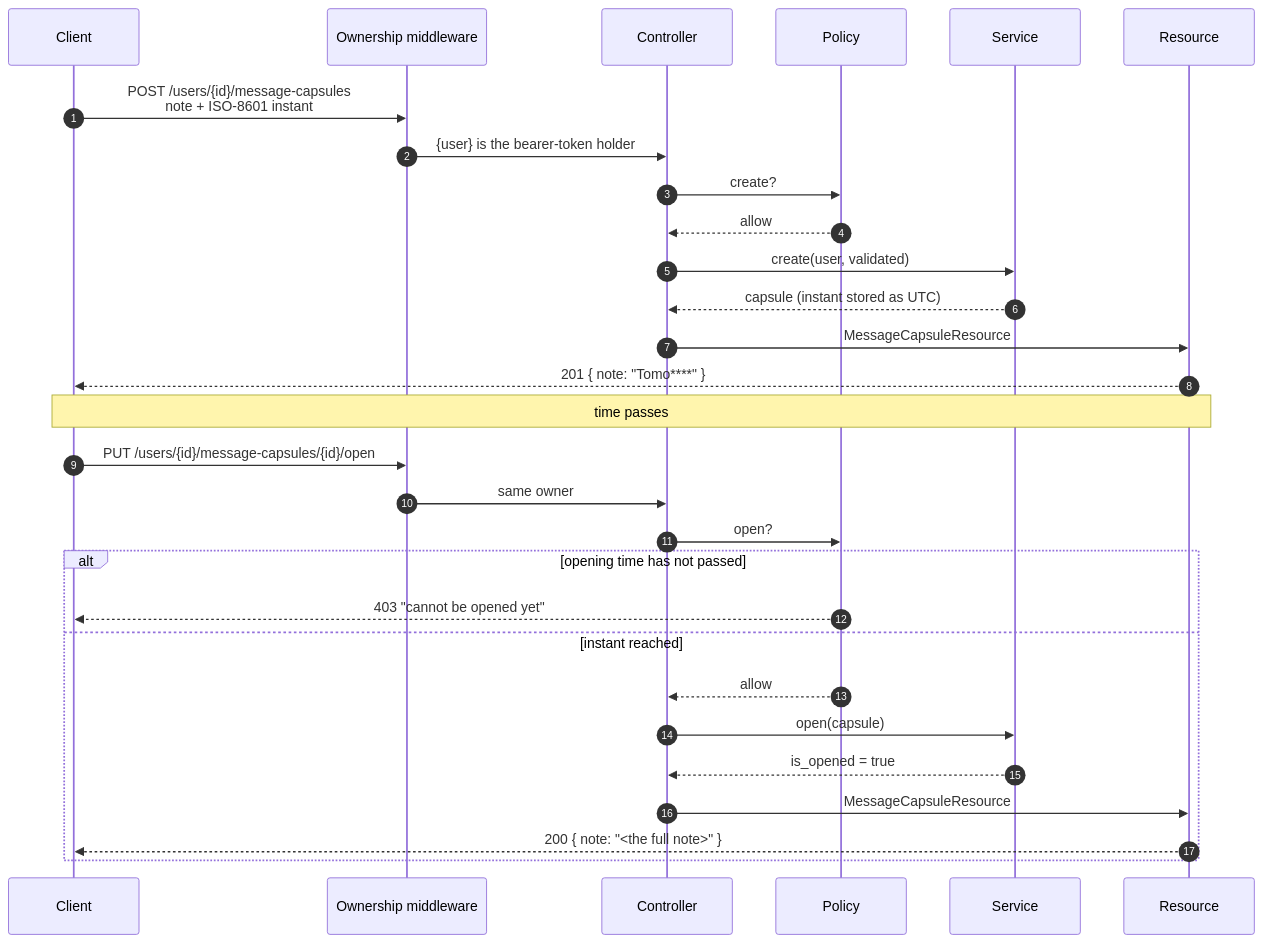
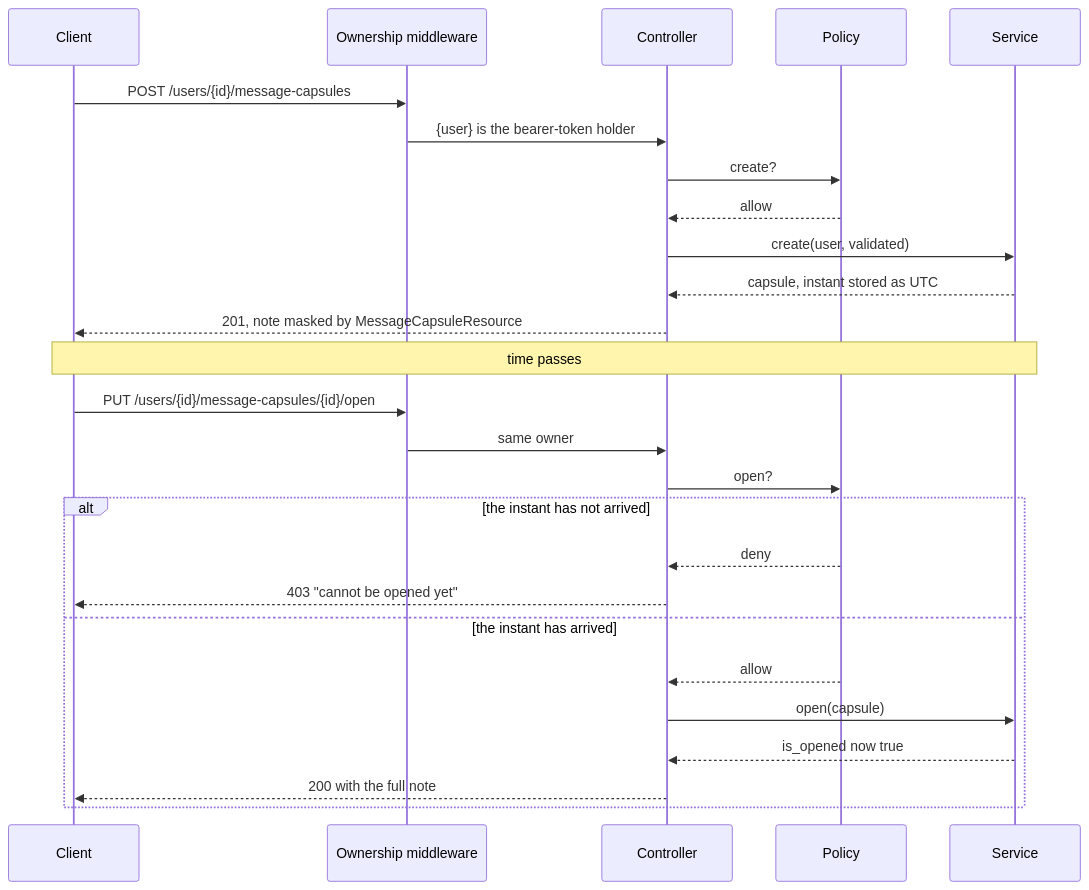
One commit to TCMS31/dealers-united-backend changed the second of 2 diagrams in README.md. Above: the diagram before and after it, drawn with Mermaid. The commit also changed other lines of this file, not shown here.

````diff
--- a/README.md
+++ b/README.md
@@ -120,34 +119,31 @@
 ```mermaid
 sequenceDiagram
-  autonumber
   participant C as Client
   participant M as Ownership middleware
   participant Ctl as Controller
   participant P as Policy
   participant S as Service
-  participant R as Resource
 
-  C->>M: POST /users/{id}/message-capsules<br/>note + ISO-8601 instant
+  C->>M: POST /users/{id}/message-capsules
   M->>Ctl: {user} is the bearer-token holder
   Ctl->>P: create?
   P-->>Ctl: allow
   Ctl->>S: create(user, validated)
-  S-->>Ctl: capsule (instant stored as UTC)
-  Ctl->>R: MessageCapsuleResource
-  R-->>C: 201 { note: "Tomo****" }
+  S-->>Ctl: capsule, instant stored as UTC
+  Ctl-->>C: 201, note masked by MessageCapsuleResource
 
-  Note over C,R: time passes
+  Note over C,S: time passes
 
   C->>M: PUT /users/{id}/message-capsules/{id}/open
   M->>Ctl: same owner
   Ctl->>P: open?
-  alt opening time has not passed
-    P-->>C: 403 "cannot be opened yet"
-  else instant reached
+  alt the instant has not arrived
+    P-->>Ctl: deny
+    Ctl-->>C: 403 "cannot be opened yet"
+  else the instant has arrived
     P-->>Ctl: allow
     Ctl->>S: open(capsule)
-    S-->>Ctl: is_opened = true
-    Ctl->>R: MessageCapsuleResource
-    R-->>C: 200 { note: "<the full note>" }
+    S-->>Ctl: is_opened now true
+    Ctl-->>C: 200 with the full note
   end
 ```
````
